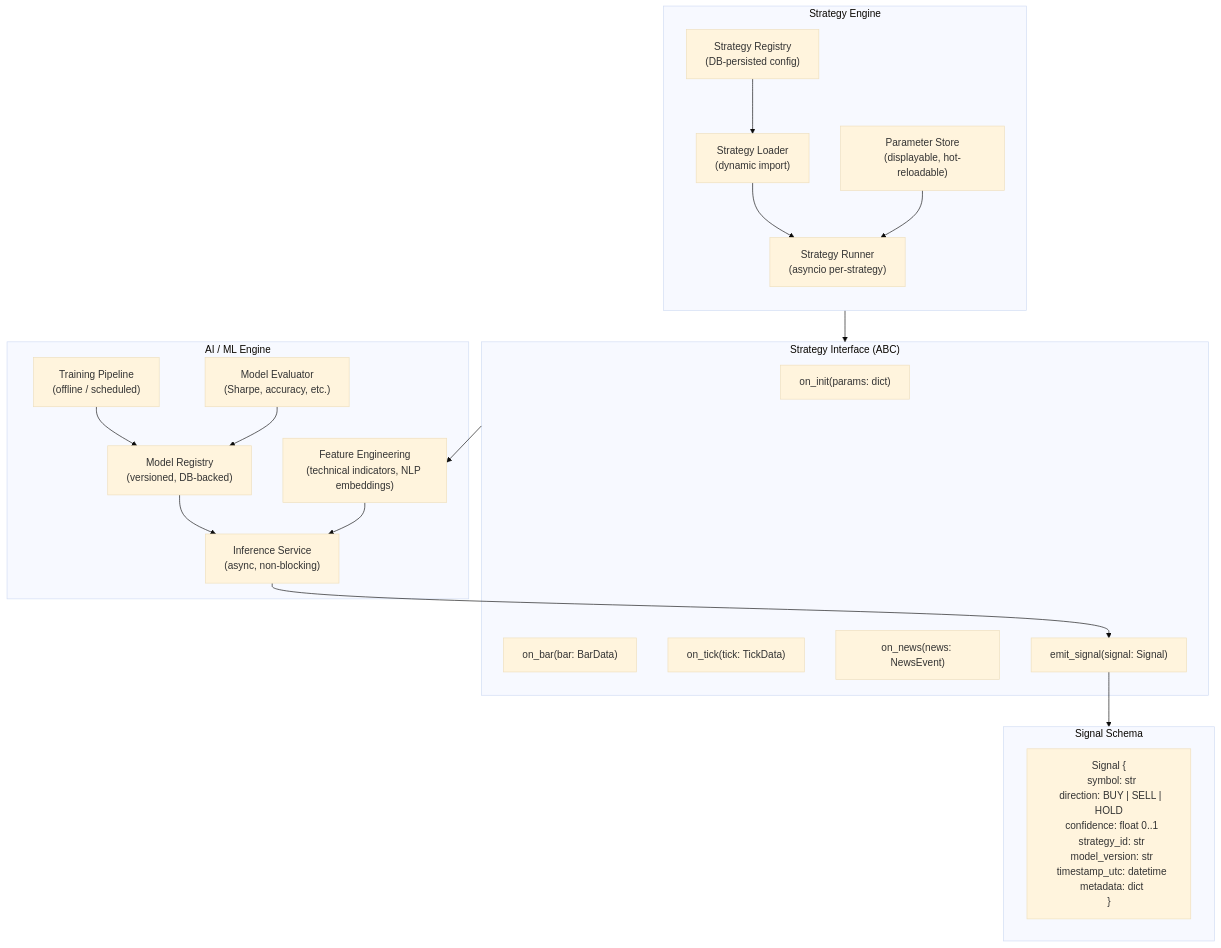
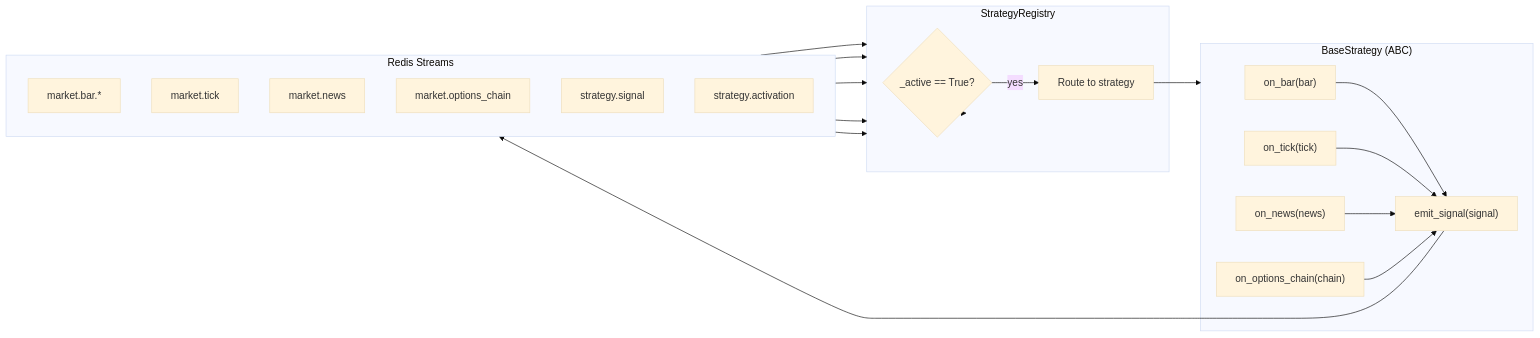
One commit to gihanchamara/Nexus changed the seventh of 13 diagrams in README.md. Above: the diagram before and after it, drawn with Mermaid (base theme). The commit also changed other lines of this file and 1 other file, not shown here.

````diff
--- a/README.md
+++ b/README.md
@@ -352,50 +376,41 @@
 ```mermaid
-flowchart TD
-    subgraph StrategyEngine["Strategy Engine"]
+flowchart LR
+    subgraph Bus["Redis Streams"]
         direction TB
-        REG["Strategy Registry\n(DB-persisted config)"]
-        LOADER["Strategy Loader\n(dynamic import)"]
-        RUNNER["Strategy Runner\n(asyncio per-strategy)"]
-        PARAM["Parameter Store\n(displayable, hot-reloadable)"]
+        MKTBAR["market.bar.*"]
+        MKTTICK["market.tick"]
+        MKTNEWS["market.news"]
+        MKTOPT["market.options_chain"]
+        SIGOUT["strategy.signal"]
+        ACTIV["strategy.activation"]
     end
 
-    subgraph StrategyInterface["Strategy Interface (ABC)"]
-        INIT["on_init(params: dict)"]
-        BAR["on_bar(bar: BarData)"]
-        TICK2["on_tick(tick: TickData)"]
-        NEWS2["on_news(news: NewsEvent)"]
-        SIG2["emit_signal(signal: Signal)"]
+    subgraph Registry["StrategyRegistry"]
+        ACTIVE{"_active == True?"}
+        ROUTE["Route to strategy"]
     end
 
-    subgraph AIEngine["AI / ML Engine"]
-        FE2["Feature Engineering\n(technical indicators, NLP embeddings)"]
-        MODEL["Model Registry\n(versioned, DB-backed)"]
-        INFER["Inference Service\n(async, non-blocking)"]
-        TRAIN["Training Pipeline\n(offline / scheduled)"]
-        EVAL["Model Evaluator\n(Sharpe, accuracy, etc.)"]
+    subgraph ABC["BaseStrategy (ABC)"]
+        ON_BAR["on_bar(bar)"]
+        ON_TICK["on_tick(tick)"]
+        ON_NEWS["on_news(news)"]
+        ON_OPT["on_options_chain(chain)"]
+        EMIT["emit_signal(signal)"]
     end
 
-    subgraph Signal["Signal Schema"]
-        SIGOBJ["Signal {
-  symbol: str
-  direction: BUY | SELL | HOLD
-  confidence: float 0..1
-  strategy_id: str
-  model_version: str
-  timestamp_utc: datetime
-  metadata: dict
-}"]
-    end
+    MKTBAR --> Registry
+    MKTTICK --> Registry
+    MKTNEWS --> Registry
+    MKTOPT --> Registry
+    ACTIV --> Registry
 
-    REG --> LOADER
-    LOADER --> RUNNER
-    PARAM --> RUNNER
-    RUNNER --> StrategyInterface
-    StrategyInterface --> FE2
-    FE2 --> INFER
-    MODEL --> INFER
-    INFER --> SIG2
-    SIG2 --> Signal
-    TRAIN --> MODEL
-    EVAL --> MODEL
+    Registry --> ACTIVE
+    ACTIVE -->|yes| ROUTE
+    ROUTE --> ABC
+
+    ON_BAR --> EMIT
+    ON_TICK --> EMIT
+    ON_NEWS --> EMIT
+    ON_OPT --> EMIT
+    EMIT --> SIGOUT
 ```
````
